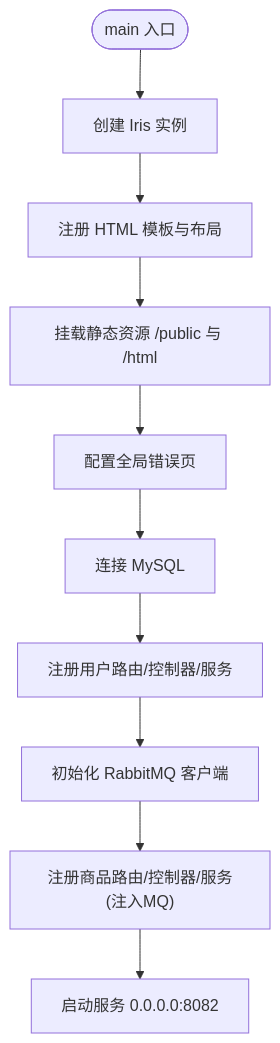
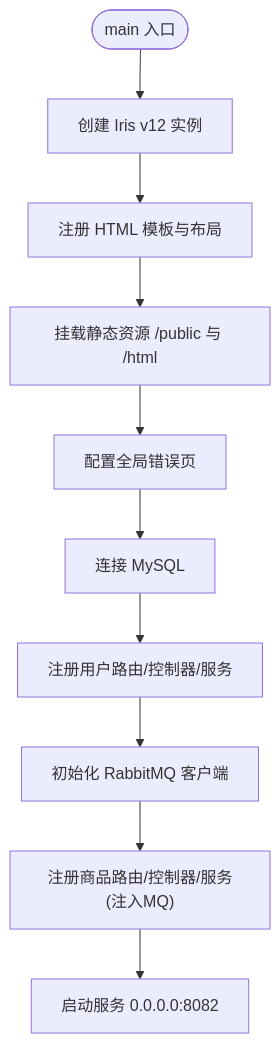
One commit to gbtdesign/e-commerce-t changed the fourth of 8 diagrams in .qoder/repowiki/zh/content/快速开始.md. Above: the diagram before and after it, drawn with Mermaid. The commit also changed other lines of this file and 53 other files, not shown here.

````diff
--- a/.qoder/repowiki/zh/content/快速开始.md
+++ b/.qoder/repowiki/zh/content/快速开始.md
@@ -165,12 +186,12 @@
 ```mermaid
 flowchart TD
-StartFE(["main 入口"]) --> InitAppFE["创建 Iris 实例"]
+StartFE(["main 入口"]) --> InitAppFE["创建 Iris v12 实例"]
 InitAppFE --> RegisterViewFE["注册 HTML 模板与布局"]
 RegisterViewFE --> StaticWebFE["挂载静态资源 /public 与 /html"]
 StaticWebFE --> ErrorPageFE["配置全局错误页"]
 ErrorPageFE --> ConnectDBFE["连接 MySQL"]
 ConnectDBFE --> RegUser["注册用户路由/控制器/服务"]
 RegUser --> InitMQ["初始化 RabbitMQ 客户端"]
 InitMQ --> RegProductFE["注册商品路由/控制器/服务(注入MQ)"]
 RegProductFE --> RunServerFE["启动服务 0.0.0.0:8082"]
 ```
````
